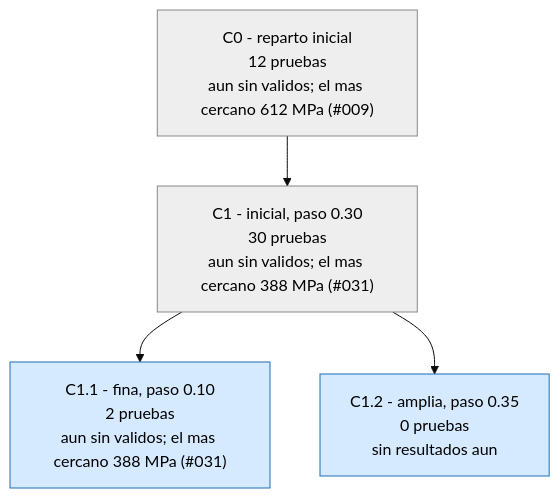
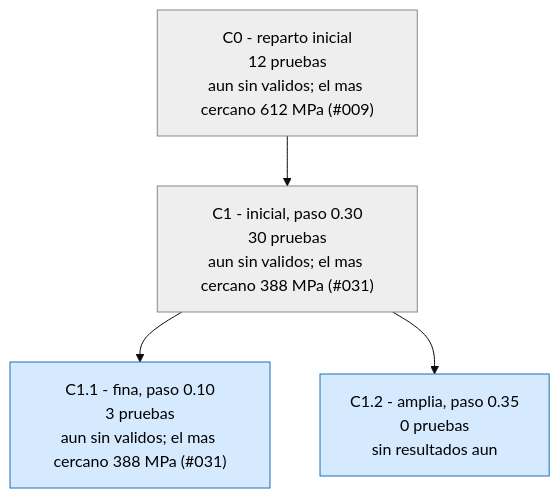
One commit to Hugiko/msd-soporte-optimizacion changed the third of 3 diagrams in runs/opt_37800N/ARBOL.md. Above: the diagram before and after it, drawn with Mermaid (base theme). The commit also changed 19 other files, not shown here.

````diff
--- a/runs/opt_37800N/ARBOL.md
+++ b/runs/opt_37800N/ARBOL.md
@@ -47,13 +47,13 @@
 ```mermaid
 graph TD
 classDef activa fill:#d6eaff,stroke:#1f6fb5,color:#000
 classDef fin fill:#eeeeee,stroke:#888,color:#000
 classDef mejor fill:#c8f0c0,stroke:#1a9850,stroke-width:4px,color:#000
 C0["C0 - reparto inicial<br/>12 pruebas<br/>aun sin validos; el mas cercano 612 MPa (#009)"]:::fin
 C1["C1 - inicial, paso 0.30<br/>30 pruebas<br/>aun sin validos; el mas cercano 388 MPa (#031)"]:::fin
 C0 --> C1
-C1_1["C1.1 - fina, paso 0.10<br/>2 pruebas<br/>aun sin validos; el mas cercano 388 MPa (#031)"]:::activa
+C1_1["C1.1 - fina, paso 0.10<br/>3 pruebas<br/>aun sin validos; el mas cercano 388 MPa (#031)"]:::activa
 C1 --> C1_1
 C1_2["C1.2 - amplia, paso 0.35<br/>0 pruebas<br/>sin resultados aun"]:::activa
 C1 --> C1_2
 ```
````
